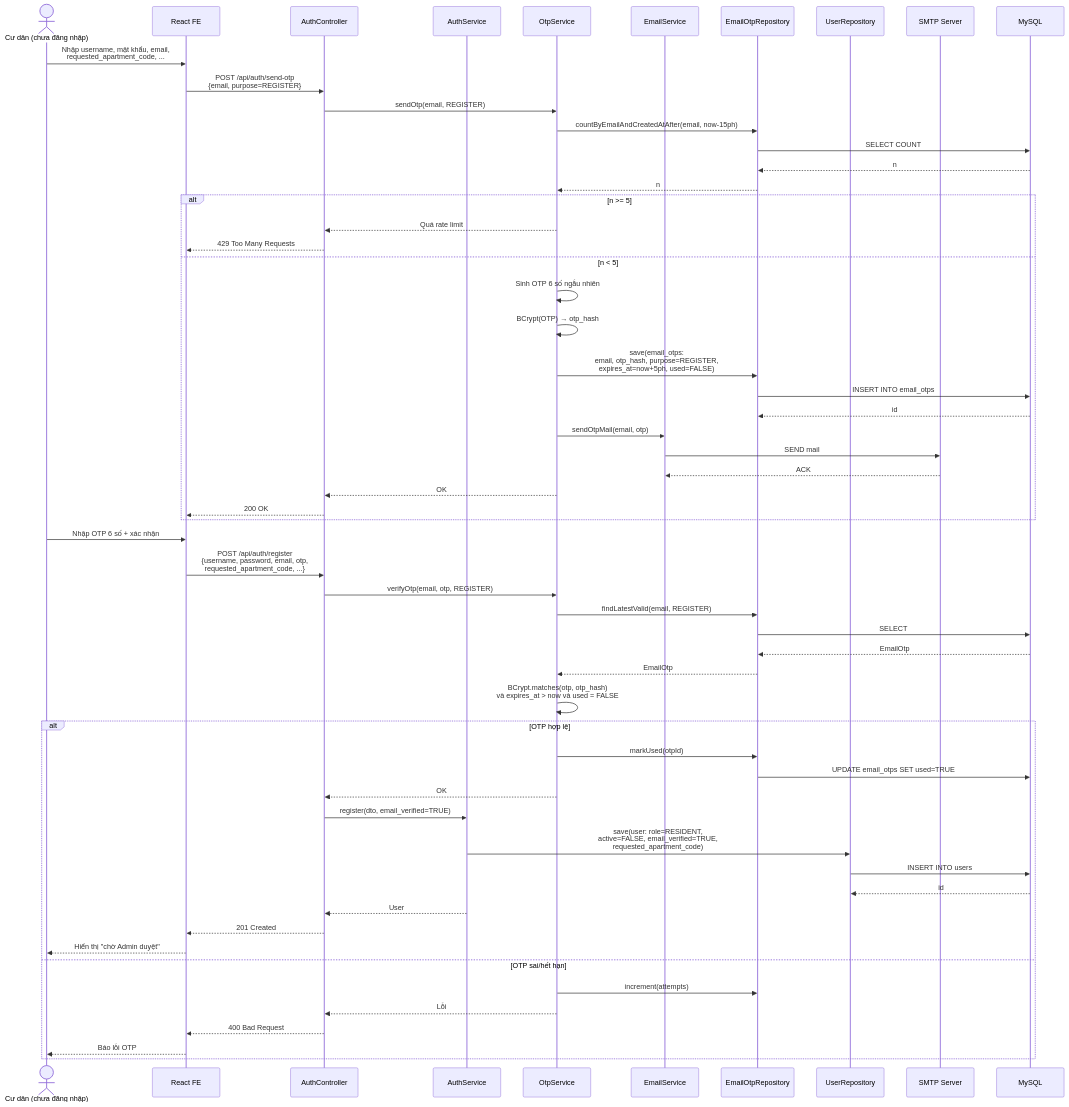
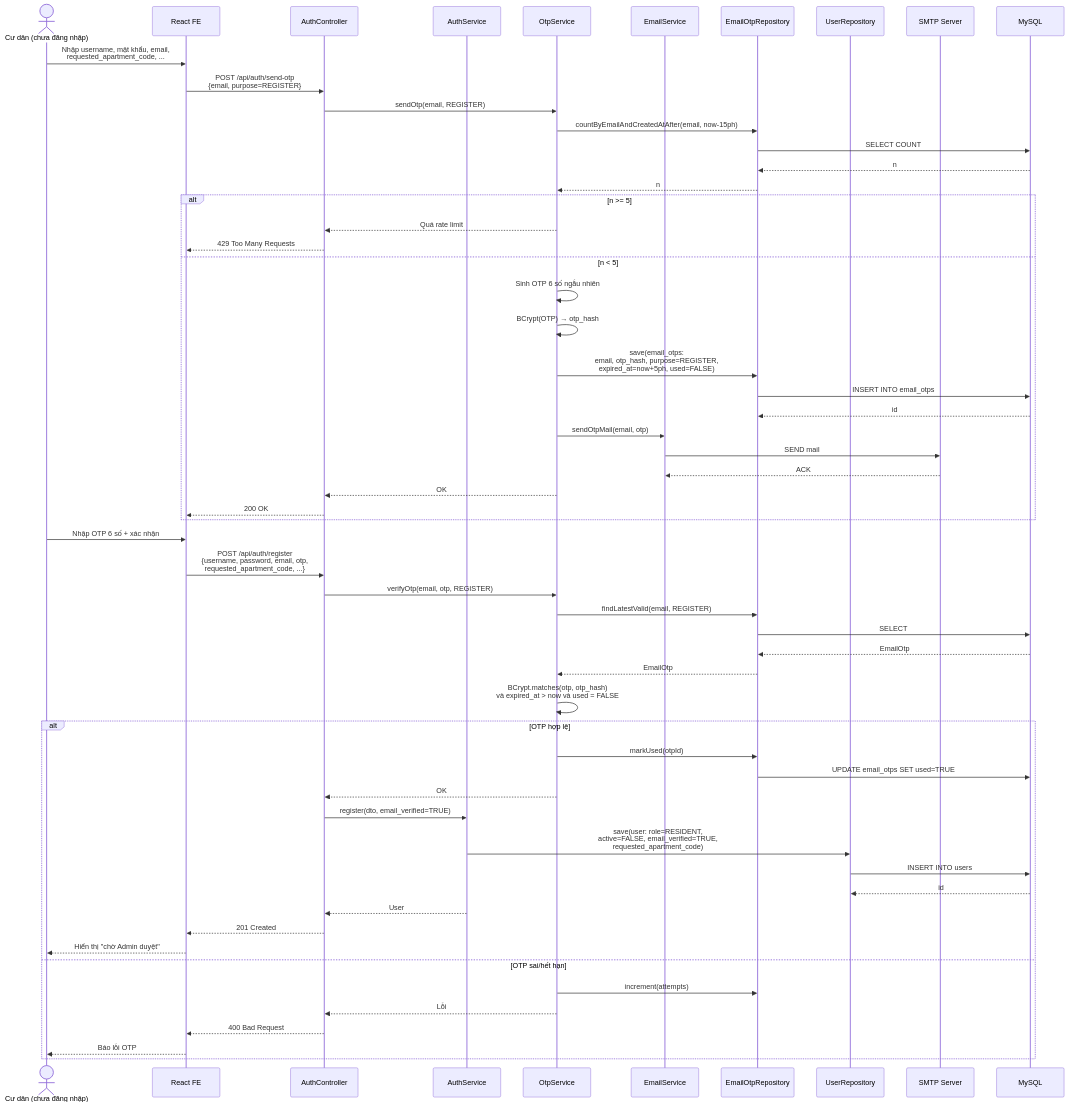
One commit to neveraccept/IT3180_2025.2_Nhom7 changed diagram 32 of 34 in docs/SDD.md. Above: the diagram before and after it, drawn with Mermaid. The commit also changed other lines of this file, not shown here.

````diff
--- a/docs/SDD.md
+++ b/docs/SDD.md
@@ -2820,62 +2836,62 @@
 ```mermaid
 sequenceDiagram
     actor Res as Cư dân (chưa đăng nhập)
     participant FE as React FE
     participant ACtrl as AuthController
     participant ASvc as AuthService
     participant OSvc as OtpService
     participant ESvc as EmailService
     participant ORepo as EmailOtpRepository
     participant URepo as UserRepository
     participant SMTP as SMTP Server
     participant DB as MySQL
 
     Res->>FE: Nhập username, mật khẩu, email,<br/>requested_apartment_code, ...
     FE->>ACtrl: POST /api/auth/send-otp<br/>{email, purpose=REGISTER}
     ACtrl->>OSvc: sendOtp(email, REGISTER)
     OSvc->>ORepo: countByEmailAndCreatedAtAfter(email, now-15ph)
     ORepo->>DB: SELECT COUNT
     DB-->>ORepo: n
     ORepo-->>OSvc: n
     alt n >= 5
         OSvc-->>ACtrl: Quá rate limit
         ACtrl-->>FE: 429 Too Many Requests
     else n < 5
         OSvc->>OSvc: Sinh OTP 6 số ngẫu nhiên
         OSvc->>OSvc: BCrypt(OTP) → otp_hash
-        OSvc->>ORepo: save(email_otps:<br/>email, otp_hash, purpose=REGISTER,<br/>expires_at=now+5ph, used=FALSE)
+        OSvc->>ORepo: save(email_otps:<br/>email, otp_hash, purpose=REGISTER,<br/>expired_at=now+5ph, used=FALSE)
         ORepo->>DB: INSERT INTO email_otps
         DB-->>ORepo: id
         OSvc->>ESvc: sendOtpMail(email, otp)
         ESvc->>SMTP: SEND mail
         SMTP-->>ESvc: ACK
         OSvc-->>ACtrl: OK
         ACtrl-->>FE: 200 OK
     end
 
     Res->>FE: Nhập OTP 6 số + xác nhận
     FE->>ACtrl: POST /api/auth/register<br/>{username, password, email, otp,<br/>requested_apartment_code, ...}
     ACtrl->>OSvc: verifyOtp(email, otp, REGISTER)
     OSvc->>ORepo: findLatestValid(email, REGISTER)
     ORepo->>DB: SELECT
     DB-->>ORepo: EmailOtp
     ORepo-->>OSvc: EmailOtp
-    OSvc->>OSvc: BCrypt.matches(otp, otp_hash)<br/>và expires_at > now và used = FALSE
+    OSvc->>OSvc: BCrypt.matches(otp, otp_hash)<br/>và expired_at > now và used = FALSE
     alt OTP hợp lệ
         OSvc->>ORepo: markUsed(otpId)
         ORepo->>DB: UPDATE email_otps SET used=TRUE
         OSvc-->>ACtrl: OK
         ACtrl->>ASvc: register(dto, email_verified=TRUE)
         ASvc->>URepo: save(user: role=RESIDENT,<br/>active=FALSE, email_verified=TRUE,<br/>requested_apartment_code)
         URepo->>DB: INSERT INTO users
         DB-->>URepo: id
         ASvc-->>ACtrl: User
         ACtrl-->>FE: 201 Created
         FE-->>Res: Hiển thị "chờ Admin duyệt"
     else OTP sai/hết hạn
         OSvc->>ORepo: increment(attempts)
         OSvc-->>ACtrl: Lỗi
         ACtrl-->>FE: 400 Bad Request
         FE-->>Res: Báo lỗi OTP
     end
 ```
````
